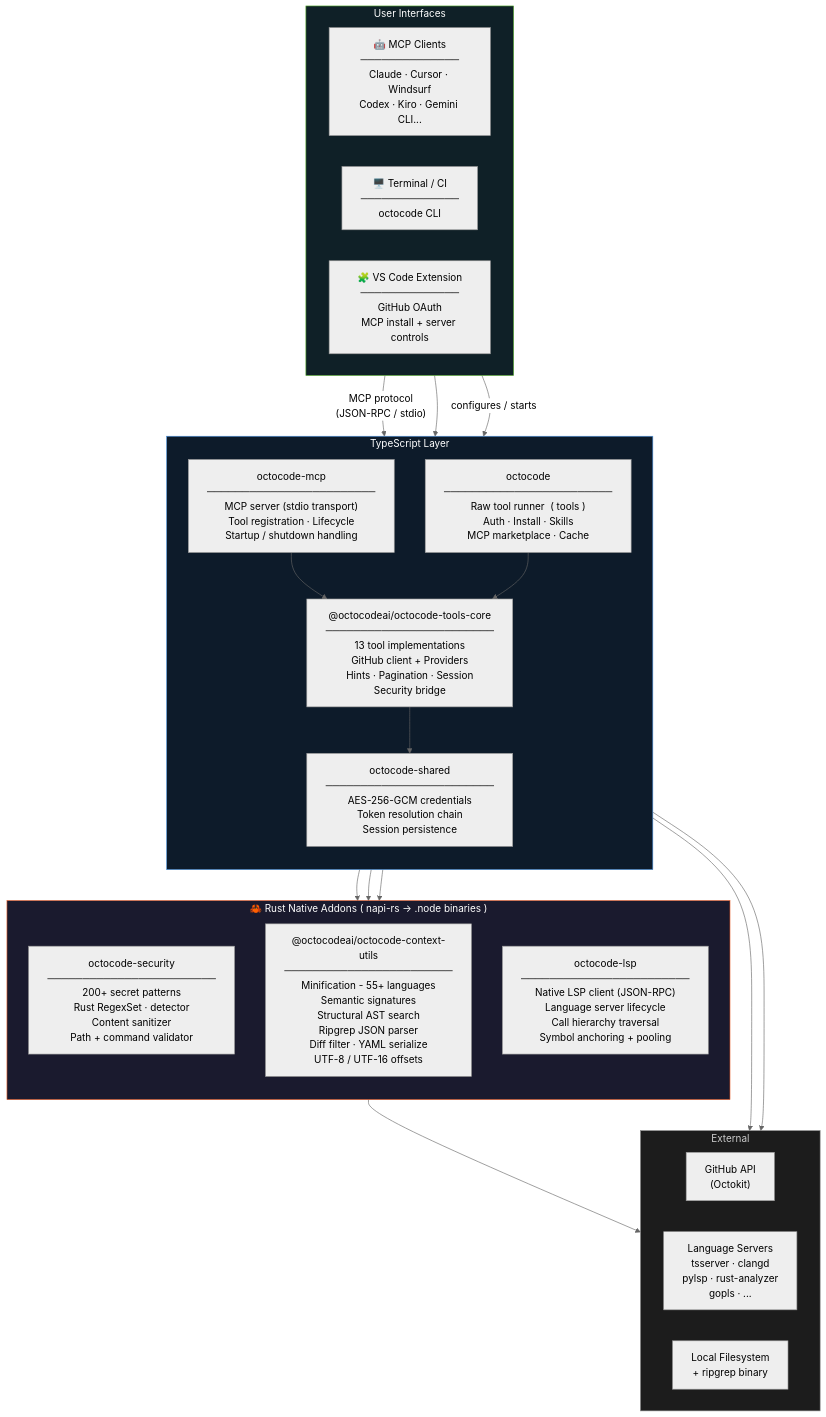
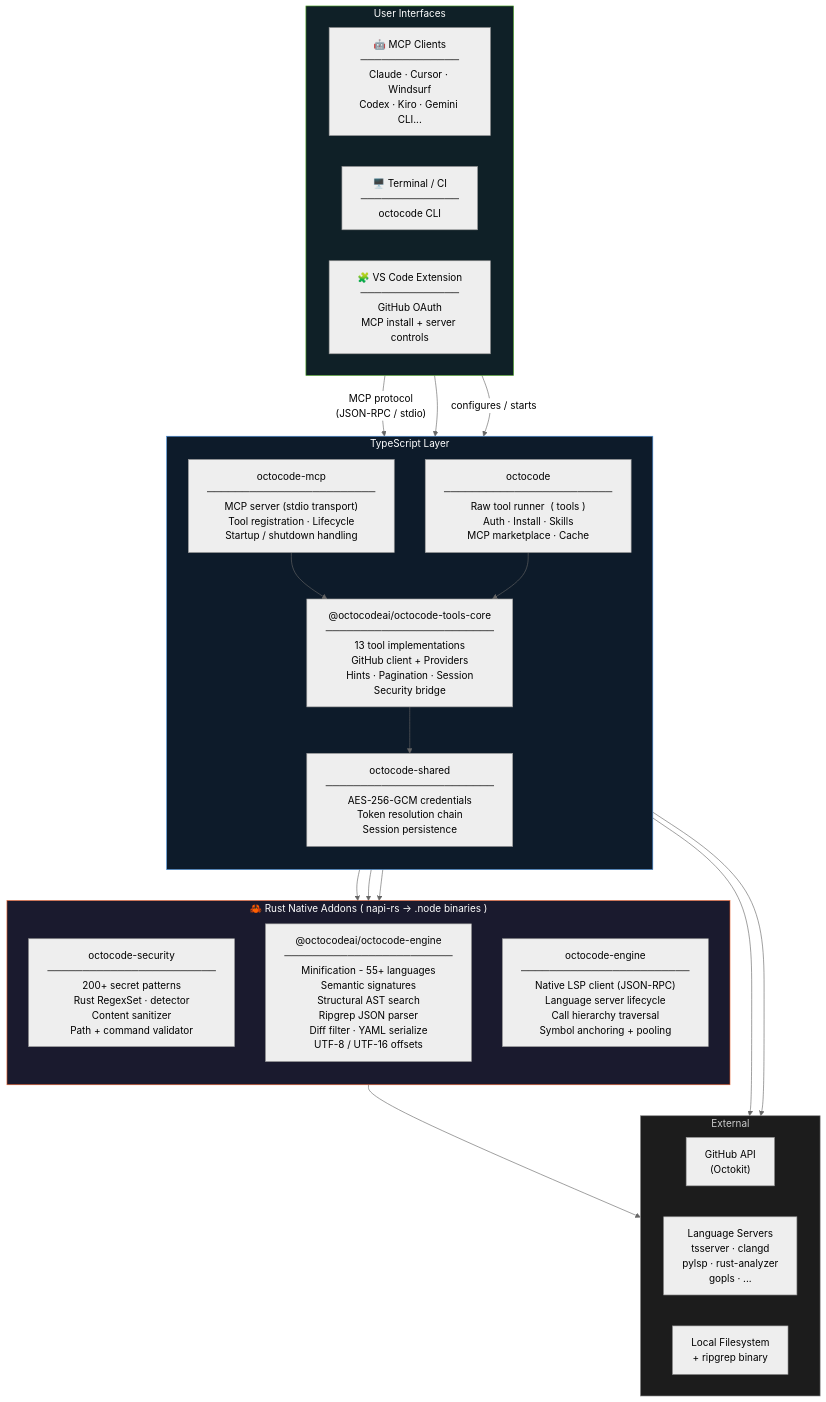
Before and after one commit to yermakoffivan/octocode: the first of 2 diagrams in packages/octocode/README.md, drawn with Mermaid (neutral theme). The commit also changed other lines of this file and 864 other files, not shown here.

````diff
--- a/packages/octocode/README.md
+++ b/packages/octocode/README.md
@@ -389,49 +389,49 @@
 ```mermaid
 graph TB
     subgraph Clients["User Interfaces"]
         direction LR
         MC["🤖 MCP Clients\n──────────────\nClaude · Cursor · Windsurf\nCodex · Kiro · Gemini CLI..."]
         CLI["🖥️  Terminal / CI\n──────────────\noctocode CLI"]
         VSC["🧩 VS Code Extension\n──────────────\nGitHub OAuth\nMCP install + server controls"]
     end
 
     subgraph TS["TypeScript Layer"]
         direction TB
         MCP["octocode-mcp\n────────────────────────\nMCP server (stdio transport)\nTool registration · Lifecycle\nStartup / shutdown handling"]
         CLIBIN["octocode\n────────────────────────\nRaw tool runner  ( tools )\nAuth · Install · Skills\nMCP marketplace · Cache"]
         CORE["@octocodeai/octocode-tools-core\n────────────────────────\n13 tool implementations\nGitHub client + Providers\nHints · Pagination · Session\nSecurity bridge"]
         SHARED["octocode-shared\n────────────────────────\nAES-256-GCM credentials\nToken resolution chain\nSession persistence"]
     end
 
     subgraph Rust["🦀 Rust Native Addons  ( napi-rs → .node binaries )"]
         direction TB
         SEC["octocode-security\n────────────────────────\n200+ secret patterns\nRust RegexSet · detector\nContent sanitizer\nPath + command validator"]
-        CTX["@octocodeai/octocode-context-utils\n────────────────────────\nMinification - 55+ languages\nSemantic signatures\nStructural AST search\nRipgrep JSON parser\nDiff filter · YAML serialize\nUTF-8 / UTF-16 offsets"]
-        LSP["octocode-lsp\n────────────────────────\nNative LSP client (JSON-RPC)\nLanguage server lifecycle\nCall hierarchy traversal\nSymbol anchoring + pooling"]
+        CTX["@octocodeai/octocode-engine\n────────────────────────\nMinification - 55+ languages\nSemantic signatures\nStructural AST search\nRipgrep JSON parser\nDiff filter · YAML serialize\nUTF-8 / UTF-16 offsets"]
+        LSP["octocode-engine\n────────────────────────\nNative LSP client (JSON-RPC)\nLanguage server lifecycle\nCall hierarchy traversal\nSymbol anchoring + pooling"]
     end
 
     subgraph Ext["External"]
         direction LR
         GH["GitHub API\n(Octokit)"]
         LS["Language Servers\ntsserver · clangd\npylsp · rust-analyzer\ngopls · ..."]
         FS["Local Filesystem\n+ ripgrep binary"]
     end
 
     MC -- "MCP protocol\n(JSON-RPC / stdio)" --> MCP
     CLI --> CLIBIN
     VSC -- "configures / starts" --> MCP
     MCP --> CORE
     CLIBIN --> CORE
     CORE --> SEC
     CORE --> CTX
     CORE --> LSP
     CORE --> SHARED
     CORE --> GH
     CORE --> FS
     LSP --> LS
 
     style Rust fill:#1a1a2e,stroke:#e75d2a,color:#fff
     style TS fill:#0d1b2a,stroke:#4a90d9,color:#fff
     style Clients fill:#0f2027,stroke:#56ab2f,color:#fff
     style Ext fill:#1c1c1c,stroke:#888,color:#ccc
 ```
````
